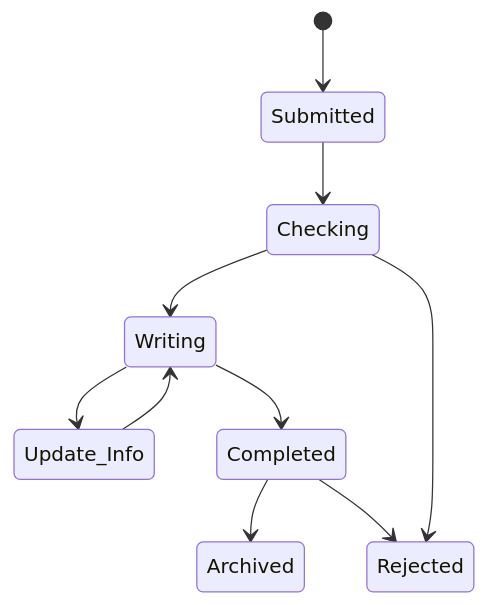
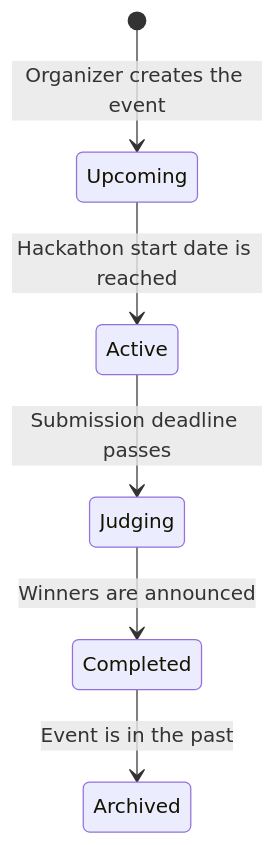
Before and after one commit to ctycho-dev/athenax-backend: the second of 2 diagrams in README.md, drawn with Mermaid. The commit also changed other lines of this file, not shown here.

````diff
--- a/README.md
+++ b/README.md
@@ -127,12 +121,8 @@
 ```mermaid
 stateDiagram-v2
-    [*] --> Submitted
-    Submitted --> Checking
-    Checking --> Writing
-    Writing --> Update_Info
-    Update_Info --> Writing
-    Writing --> Completed
-    Completed --> Archived
-    Completed --> Rejected
-    Checking --> Rejected
+    [*] --> Upcoming: Organizer creates the event
+    Upcoming --> Active: Hackathon start date is reached
+    Active --> Judging: Submission deadline passes
+    Judging --> Completed: Winners are announced
+    Completed --> Archived: Event is in the past
 ```
````
